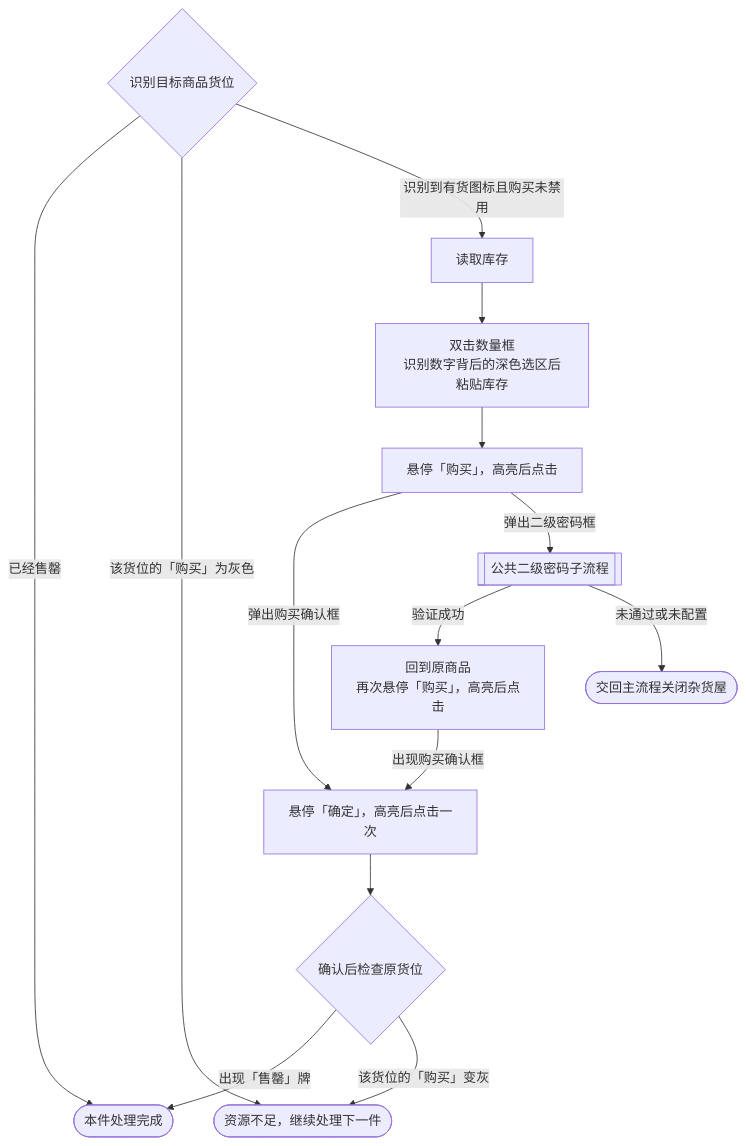
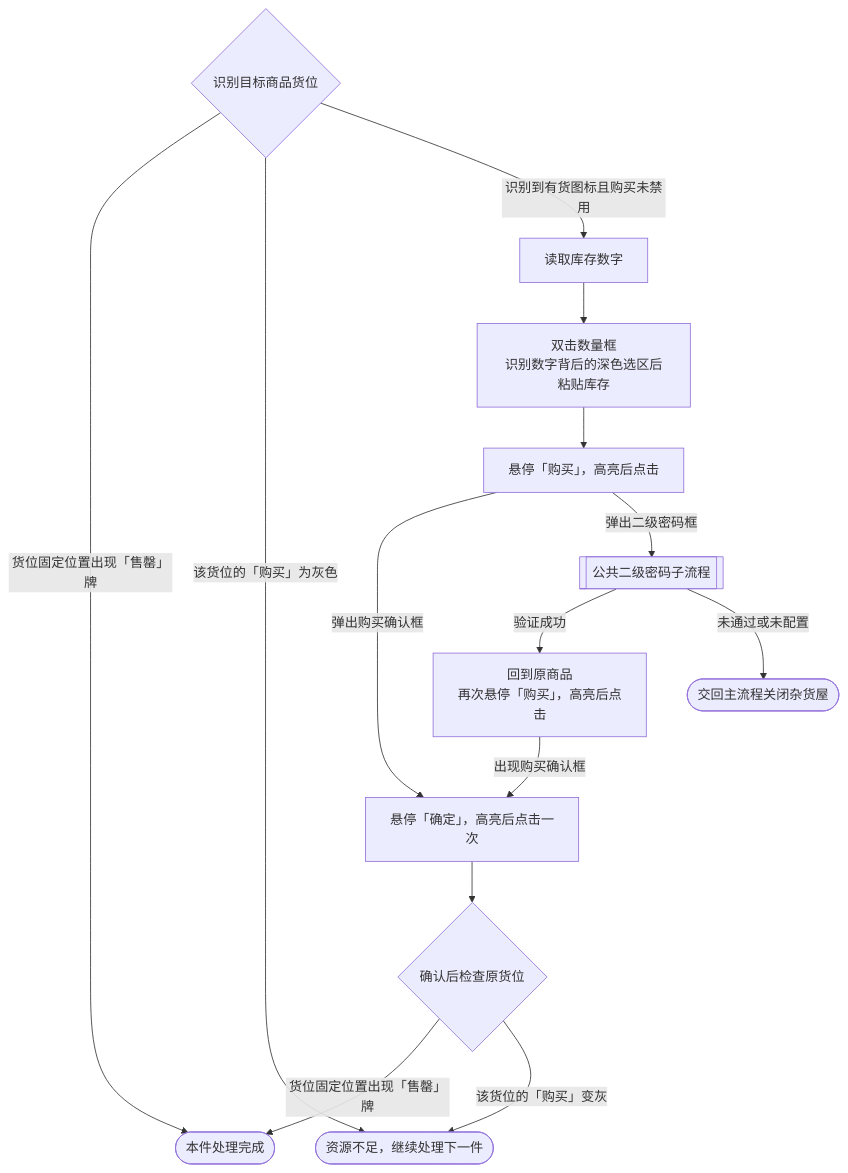
The third of 3 diagrams in docs/zh_cn/流程图/杂货铺.md (ArcherSore/MaaNOP), drawn with Mermaid before and after one commit. The commit also changed other lines of this file and 2 other files, not shown here.

````diff
--- a/docs/zh_cn/流程图/杂货铺.md
+++ b/docs/zh_cn/流程图/杂货铺.md
@@ -31,16 +50,16 @@
 ```mermaid
 flowchart TD
-    Start{"识别目标商品货位"} -->|已经售罄| Done([本件处理完成])
+    Start{"识别目标商品货位"} -->|货位固定位置出现「售罄」牌| Done([本件处理完成])
     Start -->|该货位的「购买」为灰色| Insufficient([资源不足，继续处理下一件])
-    Start -->|识别到有货图标且购买未禁用| Stock["读取库存"]
+    Start -->|识别到有货图标且购买未禁用| Stock["读取库存数字"]
     Stock --> Fill["双击数量框<br/>识别数字背后的深色选区后粘贴库存"]
     Fill --> Buy["悬停「购买」，高亮后点击"]
     Buy -->|弹出购买确认框| Prompt["悬停「确定」，高亮后点击一次"]
     Buy -->|弹出二级密码框| Password[["公共二级密码子流程"]]
     Password -->|验证成功| Retry["回到原商品<br/>再次悬停「购买」，高亮后点击"]
     Retry -->|出现购买确认框| Prompt
     Password -->|未通过或未配置| Stop([交回主流程关闭杂货屋])
     Prompt --> Result{"确认后检查原货位"}
-    Result -->|出现「售罄」牌| Done
+    Result -->|货位固定位置出现「售罄」牌| Done
     Result -->|该货位的「购买」变灰| Insufficient
 ```
````
